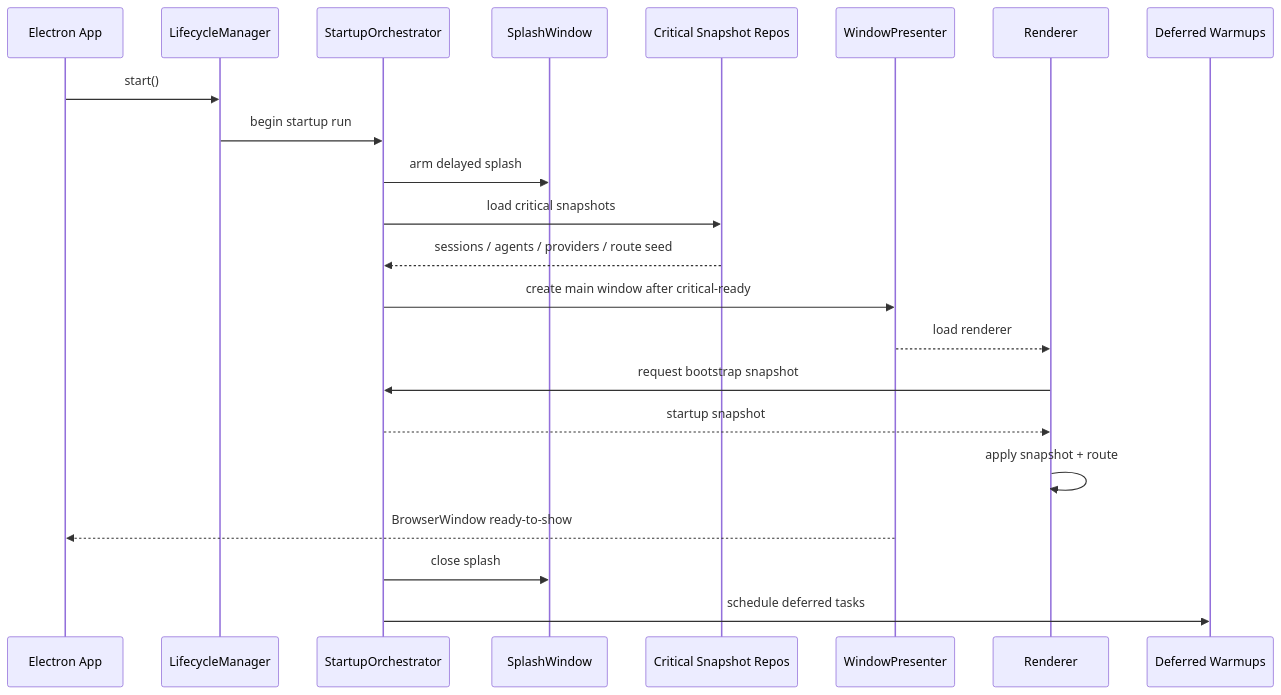
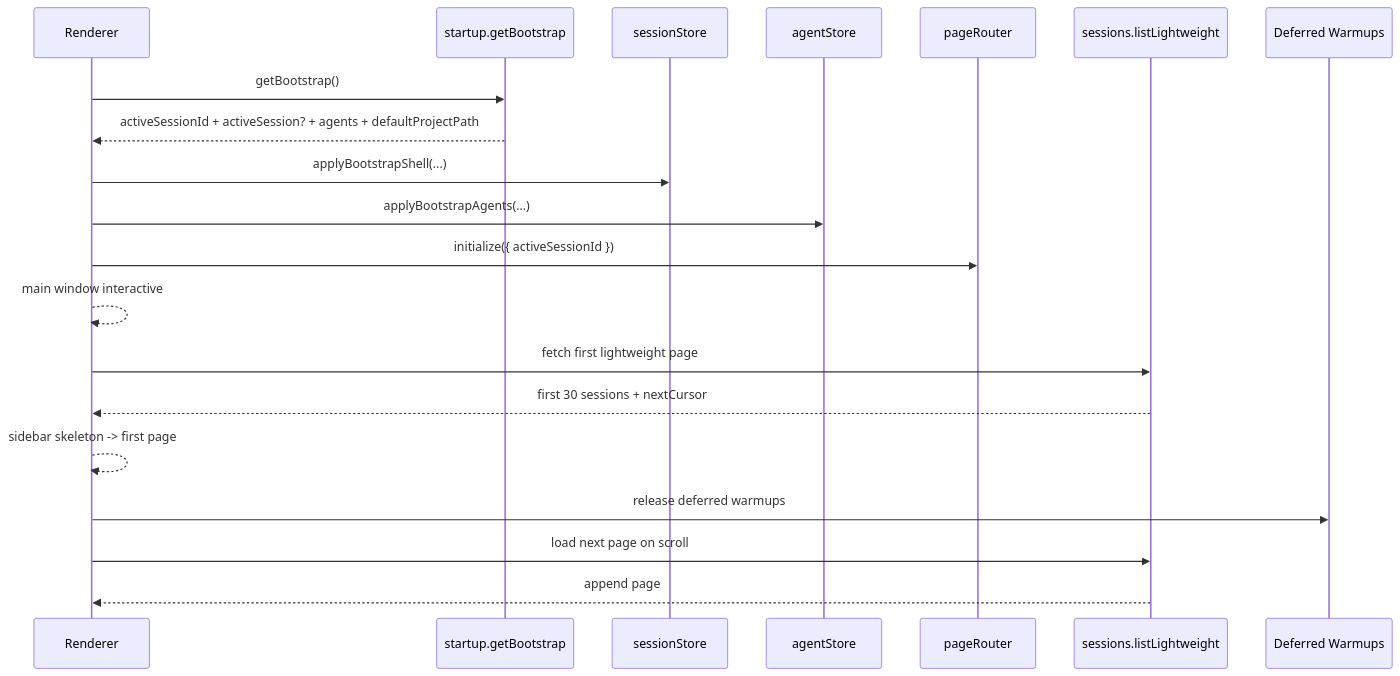
One commit to ThinkInAIXYZ/deepchat changed the diagram in docs/specs/startup-orchestration/plan.md. Above: the diagram before and after it, drawn with Mermaid. The commit also changed other lines of this file and 39 other files, not shown here.

Commit message:
feat(startup): add lightweight session bootstrap

````diff
--- a/docs/specs/startup-orchestration/plan.md
+++ b/docs/specs/startup-orchestration/plan.md
@@ -84,25 +14,23 @@
 ```mermaid
 sequenceDiagram
-    participant App as Electron App
-    participant LM as LifecycleManager
-    participant SO as StartupOrchestrator
-    participant SW as SplashWindow
-    participant CR as Critical Snapshot Repos
-    participant WP as WindowPresenter
     participant R as Renderer
+    participant SR as startup.getBootstrap
+    participant SS as sessionStore
+    participant AS as agentStore
+    participant PR as pageRouter
+    participant SL as sessions.listLightweight
     participant DW as Deferred Warmups
 
-    App->>LM: start()
-    LM->>SO: begin startup run
-    SO->>SW: arm delayed splash
-    SO->>CR: load critical snapshots
-    CR-->>SO: sessions / agents / providers / route seed
-    SO->>WP: create main window after critical-ready
-    WP-->>R: load renderer
-    R->>SO: request bootstrap snapshot
-    SO-->>R: startup snapshot
-    R->>R: apply snapshot + route
-    WP-->>App: BrowserWindow ready-to-show
-    SO->>SW: close splash
-    SO->>DW: schedule deferred tasks
+    R->>SR: getBootstrap()
+    SR-->>R: activeSessionId + activeSession? + agents + defaultProjectPath
+    R->>SS: applyBootstrapShell(...)
+    R->>AS: applyBootstrapAgents(...)
+    R->>PR: initialize({ activeSessionId })
+    R-->>R: main window interactive
+    R->>SL: fetch first lightweight page
+    SL-->>R: first 30 sessions + nextCursor
+    R-->>R: sidebar skeleton -> first page
+    R->>DW: release deferred warmups
+    R->>SL: load next page on scroll
+    SL-->>R: append page
 ```
````
